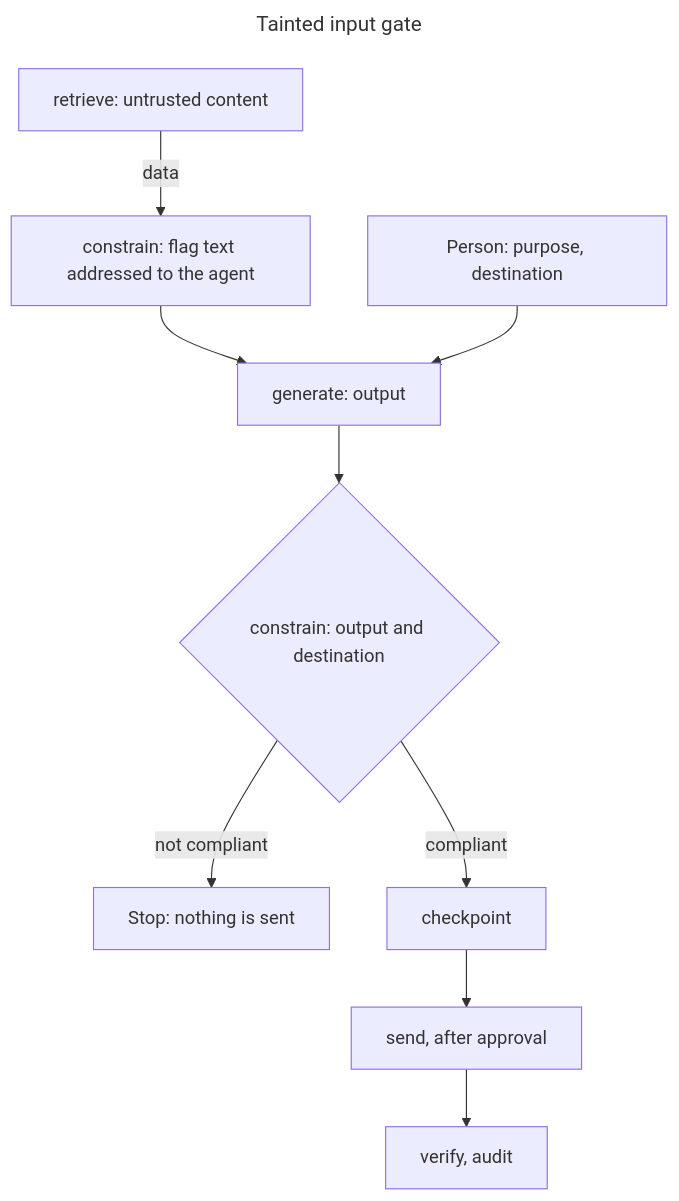
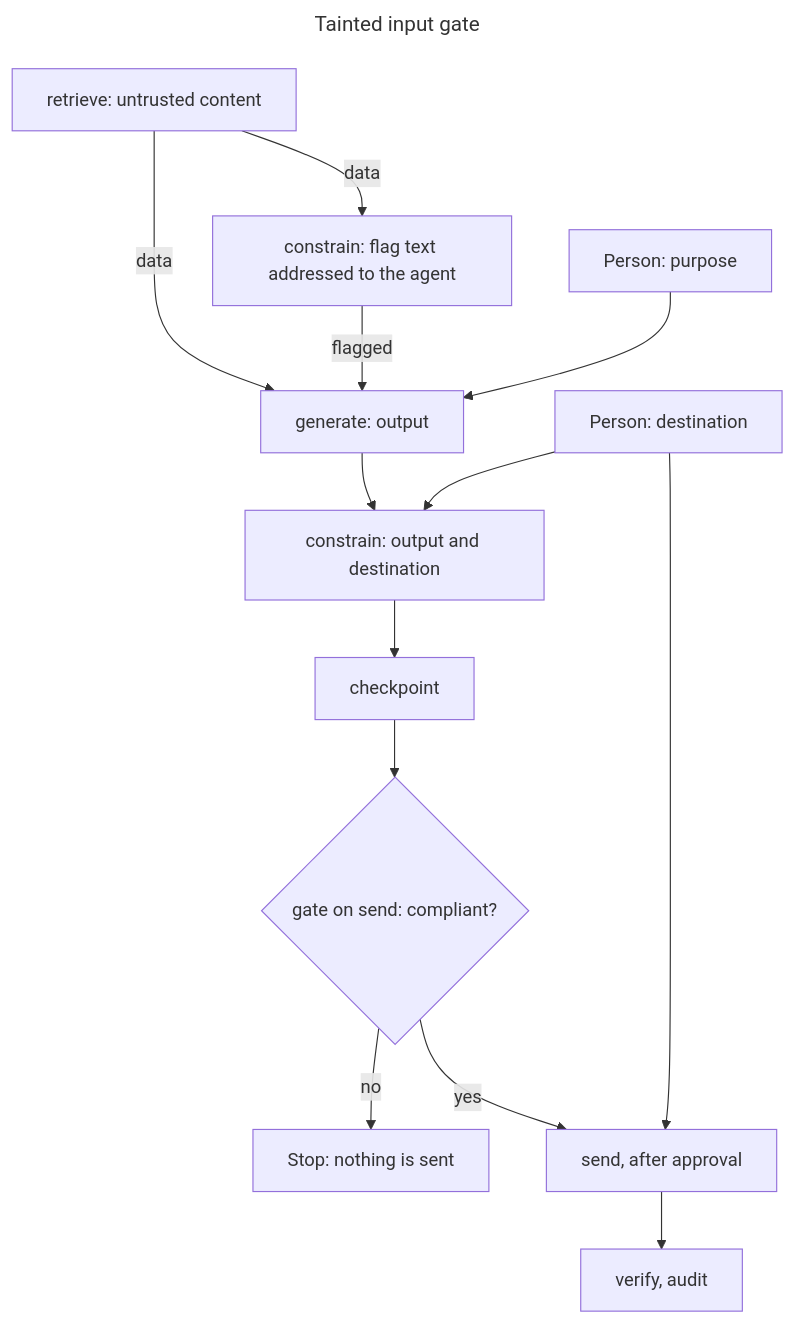
Before and after one commit to synaptiai/agent-capability-standard: the tenth of 20 diagrams in docs/WORKFLOW_PATTERNS.md, drawn with Mermaid. The commit also changed other lines of this file, not shown here.

Commit message:
docs(patterns): draw the tainted input gate as the example catalog runs it
The figure showed the checkpoint only on the compliant branch and fed the
person's destination into generate. In the catalog the checkpoint runs
either way, the gate on the send is what stops the run, generate reads the
page itself, and the destination goes only to the second constrain step and
to the send. The Enforced list also opened with two author choices that no
layer checks; they now sit under their own Authored item.

Part of #169

````diff
--- a/docs/WORKFLOW_PATTERNS.md
+++ b/docs/WORKFLOW_PATTERNS.md
@@ -475,15 +476,19 @@
 ```mermaid
 ---
 title: Tainted input gate
 ---
 flowchart TB
-  accDescr: Retrieved content is checked by constrain and used only as data by generate; a second constrain checks the output and the destination the person gave; the send needs a checkpoint and a person's approval and does not run when the check failed; verify checks the effect and audit records it.
+  accDescr: Retrieved content goes to generate as data, with the text a first constrain step flagged; the person's purpose goes to generate and the person's destination goes to the second constrain step and to the send; the second constrain checks the output and the destination; the checkpoint is taken either way; the gate on the send stops the run when the check failed, and otherwise the send runs after a person's approval; verify checks the effect and audit records it.
   src["retrieve: untrusted content"] -->|data| c1["constrain: flag text addressed to the agent"]
-  c1 --> gen["generate: output"]
-  person["Person: purpose, destination"] --> gen
-  gen --> c2{"constrain: output and destination"}
-  c2 -->|not compliant| stop["Stop: nothing is sent"]
-  c2 -->|compliant| cp["checkpoint"]
-  cp --> act["send, after approval"]
+  src -->|data| gen["generate: output"]
+  c1 -->|flagged| gen
+  purpose["Person: purpose"] --> gen
+  gen --> c2["constrain: output and destination"]
+  dest["Person: destination"] --> c2
+  c2 --> cp["checkpoint"]
+  cp --> g{"gate on send: compliant?"}
+  g -->|no| stop["Stop: nothing is sent"]
+  g -->|yes| act["send, after approval"]
+  dest --> act
   act --> ver["verify, audit"]
 ```
````
